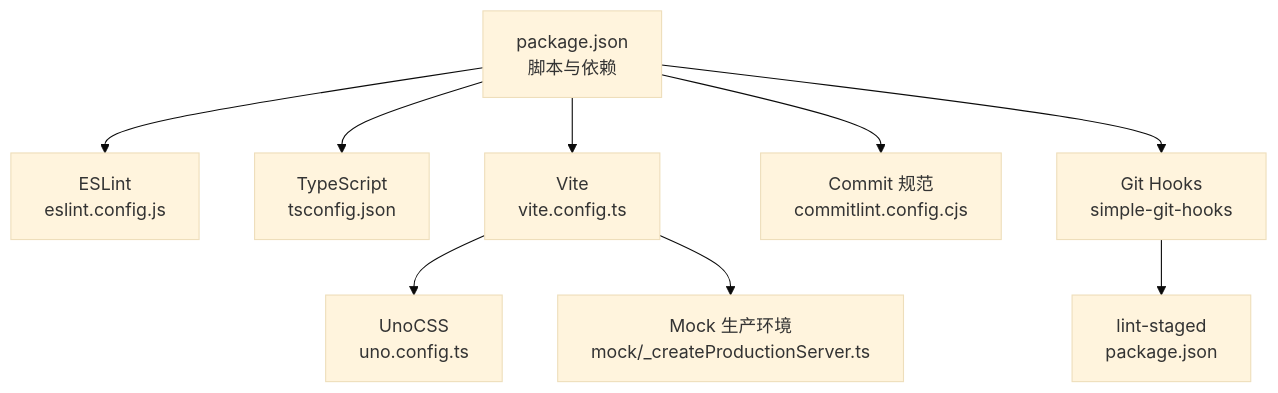
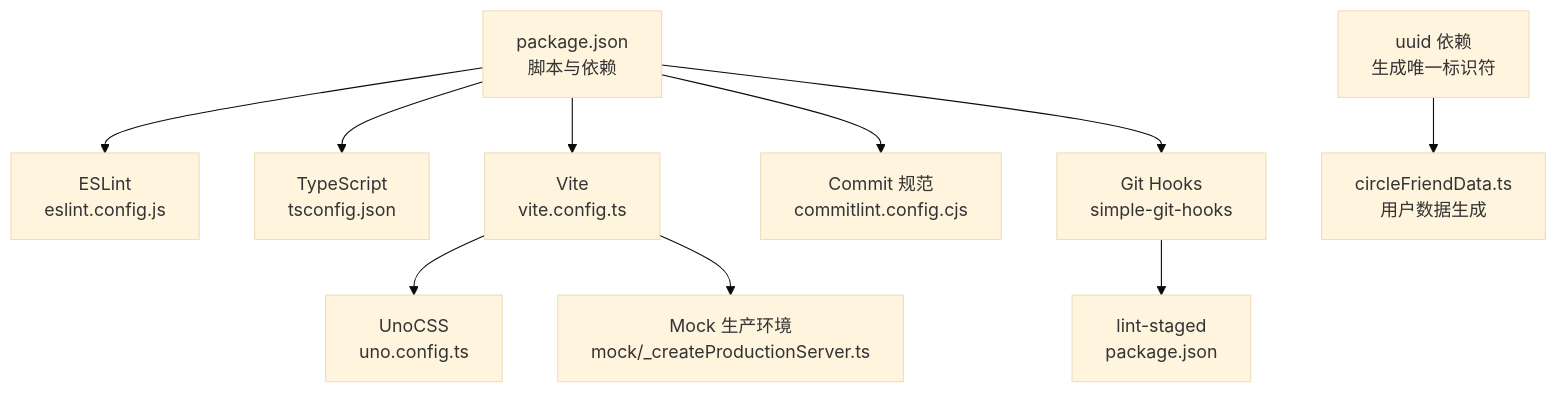
The first of 9 diagrams in .qoder/repowiki/zh/content/开发工具与规范/开发工具与规范.md (giserman001/vue3-vant4-mobile), drawn with Mermaid (base theme) before and after one commit. The commit also changed other lines of this file and 60 other files, not shown here.

````diff
--- a/.qoder/repowiki/zh/content/开发工具与规范/开发工具与规范.md
+++ b/.qoder/repowiki/zh/content/开发工具与规范/开发工具与规范.md
@@ -42,11 +50,12 @@
 ```mermaid
 graph TB
 A["package.json<br/>脚本与依赖"] --> B["ESLint<br/>eslint.config.js"]
 A --> C["TypeScript<br/>tsconfig.json"]
 A --> D["Vite<br/>vite.config.ts"]
 A --> E["Commit 规范<br/>commitlint.config.cjs"]
 A --> F["Git Hooks<br/>simple-git-hooks"]
 F --> G["lint-staged<br/>package.json"]
 D --> H["UnoCSS<br/>uno.config.ts"]
 D --> I["Mock 生产环境<br/>mock/_createProductionServer.ts"]
+J["uuid 依赖<br/>生成唯一标识符"] --> K["circleFriendData.ts<br/>用户数据生成"]
 ```
````
